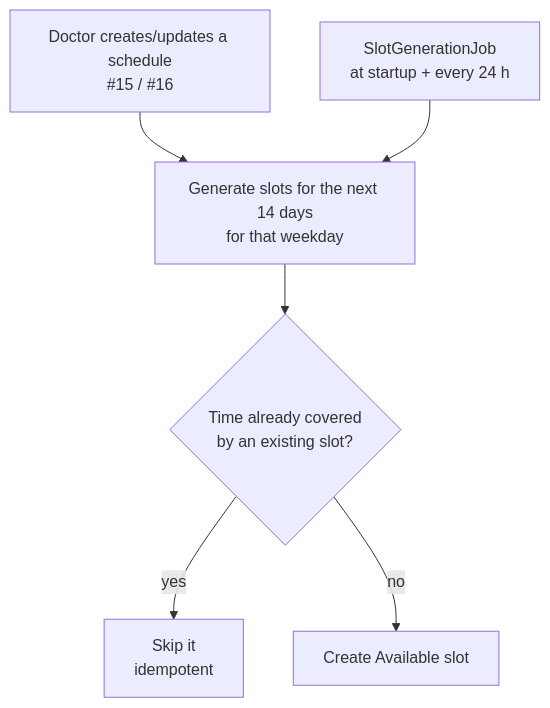
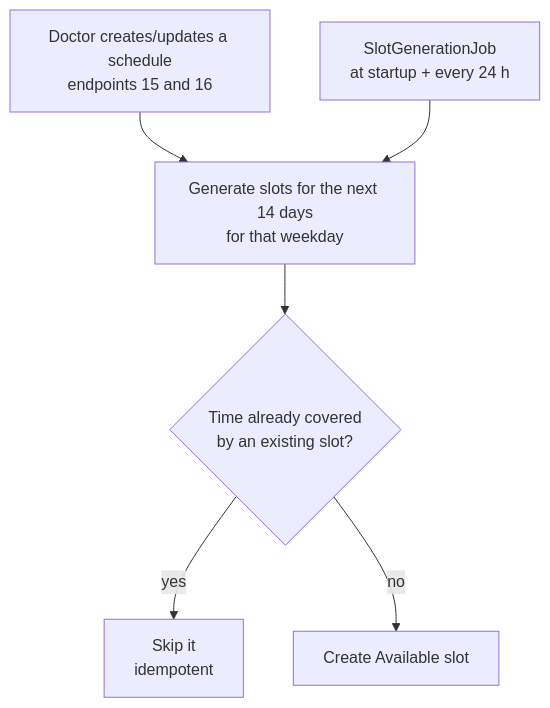
Before and after one commit to S3d0o/ClinicFlow-Backend: the eighth of 12 diagrams in docs/V1_GUIDE.md, drawn with Mermaid. The commit also changed other lines of this file, not shown here.

First line of the commit message:
Fix the doctor-approval diagram in the V1 guide

````diff
--- a/docs/V1_GUIDE.md
+++ b/docs/V1_GUIDE.md
@@ -376,8 +376,8 @@
 ```mermaid
 flowchart TD
-    S[Doctor creates/updates a schedule<br/>#15 / #16] --> G[Generate slots for the next 14 days<br/>for that weekday]
+    S[Doctor creates/updates a schedule<br/>endpoints 15 and 16] --> G[Generate slots for the next 14 days<br/>for that weekday]
     J[SlotGenerationJob<br/>at startup + every 24 h] --> G
     G --> R{Time already covered<br/>by an existing slot?}
     R -- yes --> Skip[Skip it<br/>idempotent]
     R -- no --> New[Create Available slot]
 ```
````
